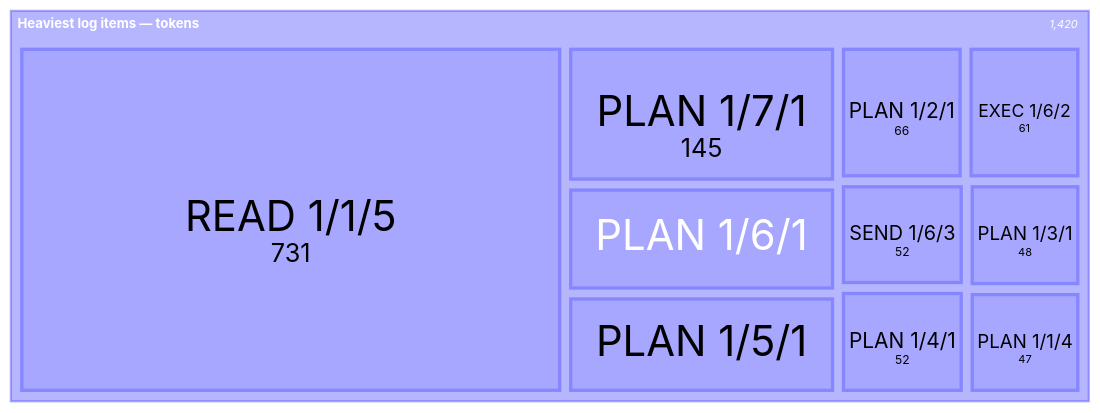
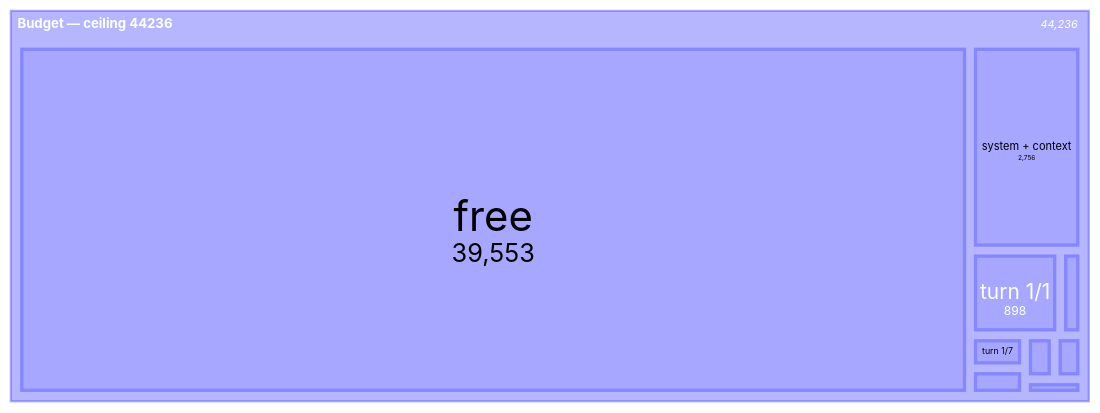
One commit to plurnk/plurnk-service changed the first of 3 diagrams in plurnk-plurnkdown/demo/budget-mermaid.md. Above: the diagram before and after it, drawn with Mermaid. The commit also changed other lines of this file, not shown here.

Commit message:
docs(plurnkdown): budget-scaled turn/item sketches + pie gauge (#0)

````diff
--- a/plurnk-plurnkdown/demo/budget-mermaid.md
+++ b/plurnk-plurnkdown/demo/budget-mermaid.md
@@ -10,14 +12,13 @@
 ```mermaid
 treemap-beta
-"Heaviest log items — tokens"
-    "READ 1/1/5": 731
-    "PLAN 1/7/1": 145
-    "PLAN 1/6/1": 112
-    "PLAN 1/5/1": 106
-    "PLAN 1/2/1": 66
-    "EXEC 1/6/2": 61
-    "SEND 1/6/3": 52
-    "PLAN 1/4/1": 52
-    "PLAN 1/3/1": 48
-    "PLAN 1/1/4": 47
+"Budget — ceiling 44236"
+    "free": 39553
+    "system + context": 2756
+    "turn 1/1": 898
+    "turn 1/2": 145
+    "turn 1/3": 154
+    "turn 1/4": 116
+    "turn 1/5": 174
+    "turn 1/6": 225
+    "turn 1/7": 215
 ```
````
